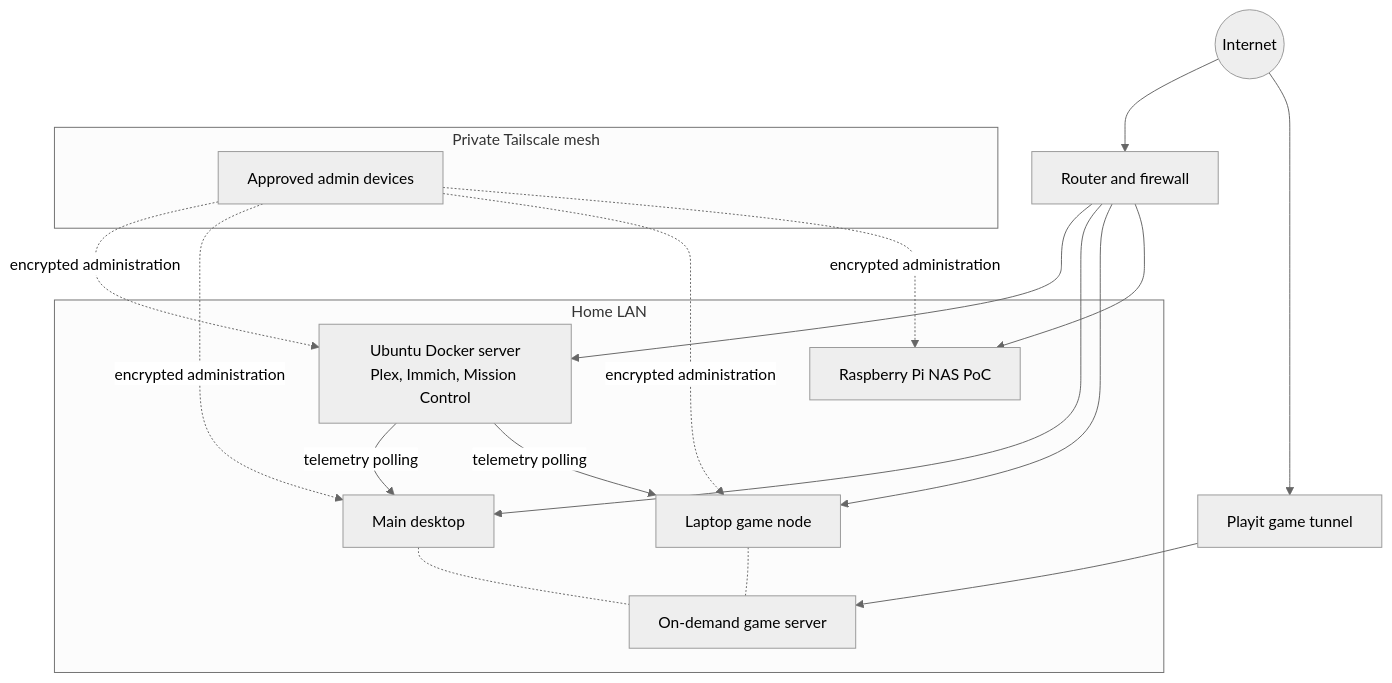
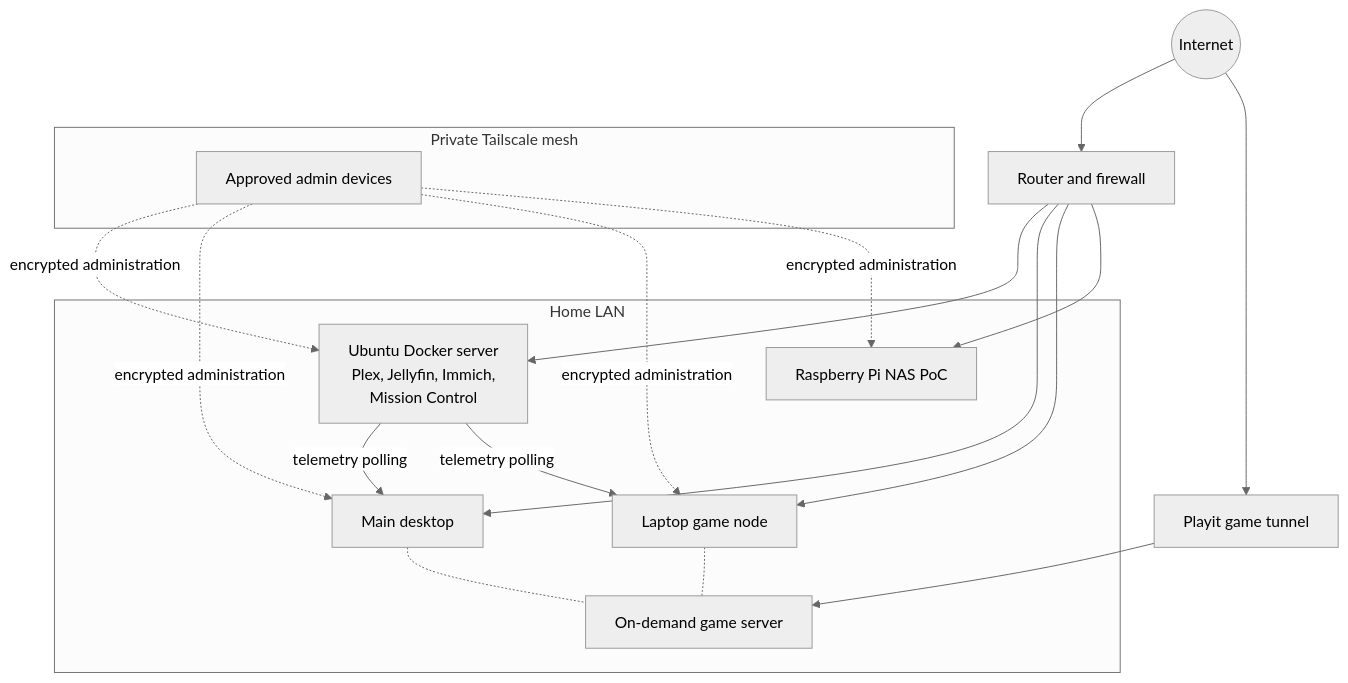
One commit to SaiAnumula/homelab changed the diagram in docs/network-topology.md. Above: the diagram before and after it, drawn with Mermaid (neutral theme). The commit also changed other lines of this file and 9 other files, not shown here.

````diff
--- a/docs/network-topology.md
+++ b/docs/network-topology.md
@@ -8,34 +8,34 @@
 ```mermaid
 flowchart TD
     Internet((Internet))
     Router["Router and firewall"]
     Tunnel["Playit game tunnel"]
 
     subgraph LAN["Home LAN"]
-        Server["Ubuntu Docker server<br/>Plex, Immich, Mission Control"]
+        Server["Ubuntu Docker server<br/>Plex, Jellyfin, Immich,<br/>Mission Control"]
         Desktop["Main desktop"]
         Laptop["Laptop game node"]
         Pi["Raspberry Pi NAS PoC"]
         Game["On-demand game server"]
     end
 
     subgraph Mesh["Private Tailscale mesh"]
         Admin["Approved admin devices"]
     end
 
     Internet --> Router
     Router --> Server
     Router --> Desktop
     Router --> Laptop
     Router --> Pi
     Internet --> Tunnel
     Tunnel --> Game
     Desktop -.- Game
     Laptop -.- Game
     Server -- "telemetry polling" --> Desktop
     Server -- "telemetry polling" --> Laptop
     Admin -. "encrypted administration" .-> Server
     Admin -. "encrypted administration" .-> Desktop
     Admin -. "encrypted administration" .-> Laptop
     Admin -. "encrypted administration" .-> Pi
 ```
````
